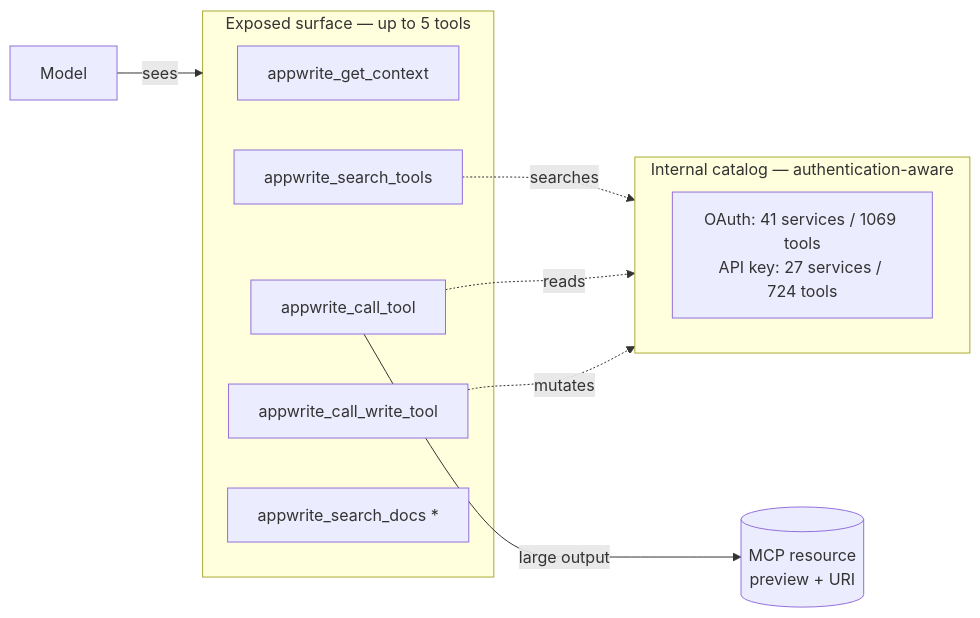
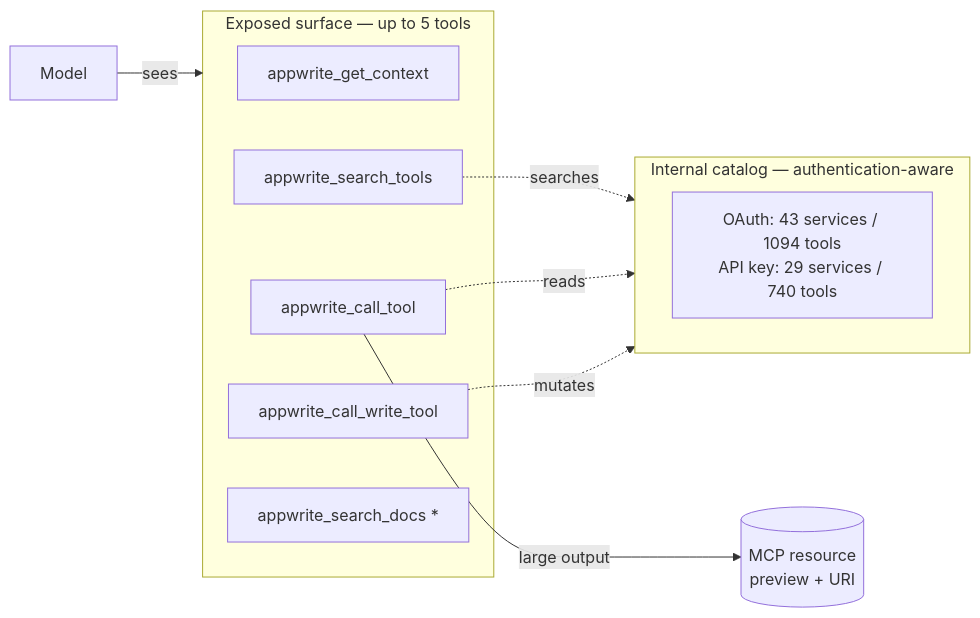
One commit to appwrite/mcp changed the diagram in docs/tool-surface.md. Above: the diagram before and after it, drawn with Mermaid. The commit also changed other lines of this file and 9 other files, not shown here.

````diff
--- a/docs/tool-surface.md
+++ b/docs/tool-surface.md
@@ -7,23 +7,23 @@
 ```mermaid
 flowchart LR
     M[Model] -->|sees| E
 
     subgraph E[Exposed surface — up to 5 tools]
         C[appwrite_get_context]
         ST[appwrite_search_tools]
         CT[appwrite_call_tool]
         WT[appwrite_call_write_tool]
         SD[appwrite_search_docs *]
     end
 
     ST -.searches.-> CAT
     CT -.reads.-> CAT
     WT -.mutates.-> CAT
 
     subgraph CAT[Internal catalog — authentication-aware]
         direction LR
-        K[OAuth: 41 services / 1069 tools<br/>API key: 27 services / 724 tools]
+        K[OAuth: 43 services / 1094 tools<br/>API key: 29 services / 740 tools]
     end
 
     CT -->|large output| R[(MCP resource<br/>preview + URI)]
 ```
````
